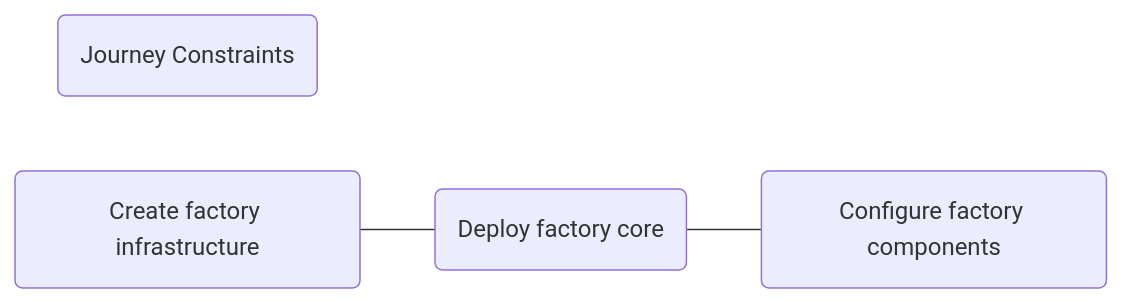
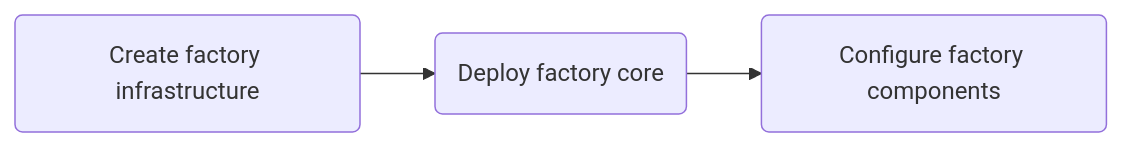
One commit to ContinuousEngineeringProject/ContinuousEngineeringProject.github.io changed the first of 3 diagrams in docs/factory_journeys.md. Above: the diagram before and after it, drawn with Mermaid. The commit also changed other lines of this file, not shown here.

Commit message:
docs: remove Journey Constratins form the maps

````diff
--- a/docs/factory_journeys.md
+++ b/docs/factory_journeys.md
@@ -12,6 +12,5 @@
 ```mermaid
 flowchart LR
-    id1(Journey Constraints) 
-    id2(Create factory infrastructure) --- id3(Deploy factory core)
-    id3 --- id4(Configure factory components)
+    id1(Create factory infrastructure) --> id2(Deploy factory core)
+    id2 --> id3(Configure factory components)
 ```
````
